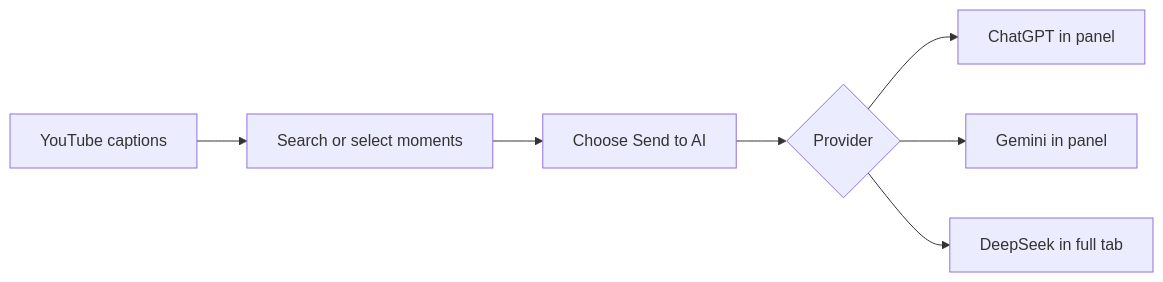
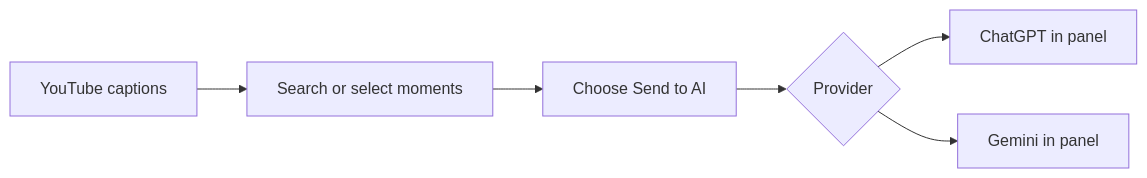
The diagram in README.md (blixvip/watch-better), drawn with Mermaid before and after one commit. The commit also changed other lines of this file and 41 other files, not shown here.

````diff
--- a/README.md
+++ b/README.md
@@ -103,9 +106,8 @@
 ```mermaid
 flowchart LR
     A[YouTube captions] --> B[Search or select moments]
     B --> C[Choose Send to AI]
     C --> D{Provider}
     D --> E[ChatGPT in panel]
     D --> F[Gemini in panel]
-    D --> G[DeepSeek in full tab]
 ```
````
